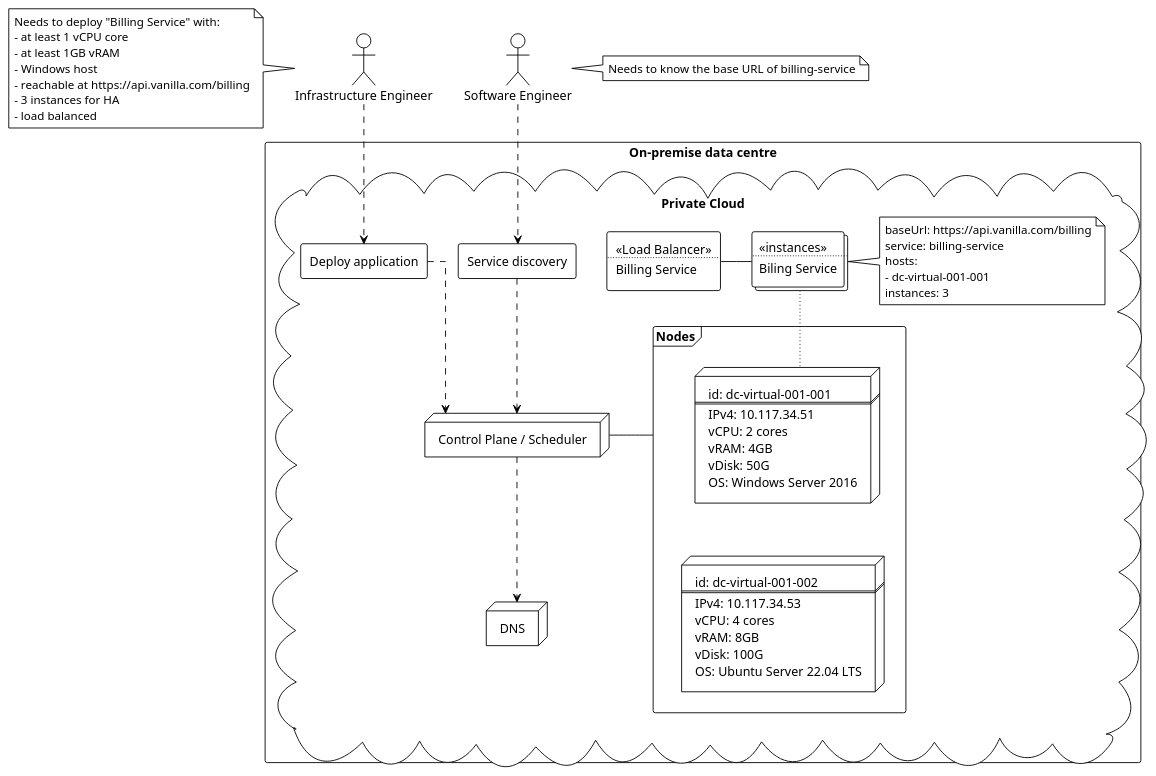
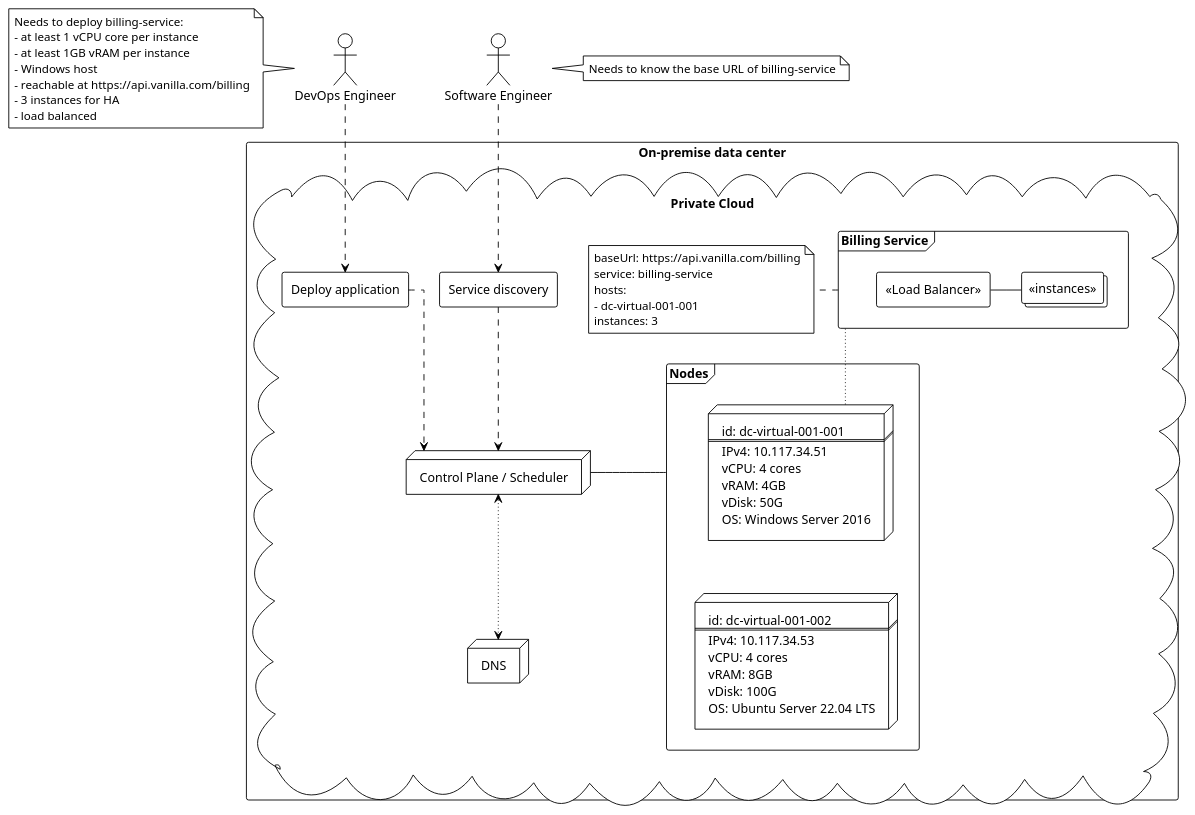
One commit to superdurszlak/superdurszlak.github.io changed the first of 2 diagrams in _posts/2024-09-05-cloud-transformation-misconceptions.md. Above: the diagram before and after it, drawn with PlantUML. The commit also changed other lines of this file, not shown here.

```diff
--- a/_posts/2024-09-05-cloud-transformation-misconceptions.md
+++ b/_posts/2024-09-05-cloud-transformation-misconceptions.md
@@ -34,11 +34,11 @@
 top to bottom direction
 skinparam linetype ortho
 
-actor infrastructureEngineer as "Infrastructure Engineer"
-note left of infrastructureEngineer
-  Needs to deploy "Billing Service" with:
-  - at least 1 vCPU core
-  - at least 1GB vRAM
+actor devopsEngineer as "DevOps Engineer"
+note left of devopsEngineer
+  Needs to deploy billing-service:
+  - at least 1 vCPU core per instance
+  - at least 1GB vRAM per instance
   - Windows host
   - reachable at https://api.vanilla.com/billing
   - 3 instances for HA
@@ -50,41 +50,41 @@
   Needs to know the base URL of billing-service
 end note
 
-rectangle cloudDC as "On-premise data centre" {
+rectangle cloudDC as "On-premise data center" {
   
   cloud cloud as "Private Cloud" {
     agent appDeploy as "Deploy application"
     agent appDNS as "Service discovery"
+
     together {
       node nodeDNS as "DNS"
       node appScheduler as "Control Plane / Scheduler"
     }
 
-    agent loadBalancer [
-      <<Load Balancer>>
-      ....
-      Billing Service
-    ]
-    collections billingService [
-      <<instances>>
-      ....
-      Biling Service
-    ]
-    note right of billingService
+    frame billingServiceFrame as "Billing Service" {
+      agent loadBalancer [
+        <<Load Balancer>>
+      ]
+      collections billingService [
+        <<instances>>
+      ]
+      loadBalancer -r- billingService
+    }
+
+    note right of billingServiceFrame
       baseUrl: https://api.vanilla.com/billing
       service: billing-service
       hosts:
       - dc-virtual-001-001
       instances: 3
     end note
-    loadBalancer -r- billingService
 
     frame nodes as "Nodes" {
       node vm1 [
         id: dc-virtual-001-001
         ====
         IPv4: 10.117.34.51
-        vCPU: 2 cores
+        vCPU: 4 cores
         vRAM: 4GB
         vDisk: 50G
         OS: Windows Server 2016
@@ -104,13 +104,13 @@
     nodes -r- appScheduler
   }
 
-  billingService -d[dotted]- vm1
+  billingServiceFrame -d[dotted]- vm1
 
-  appScheduler -d[dashed]-> nodeDNS
+  appScheduler <-d[dotted]-> nodeDNS
   appDNS -d[dashed]-> appScheduler
   appDeploy -d[dashed]-> appScheduler
 
-  infrastructureEngineer -[dashed]-> appDeploy
+  devopsEngineer -[dashed]-> appDeploy
   softwareEngineer -[dashed]-> appDNS
 }
 
```
